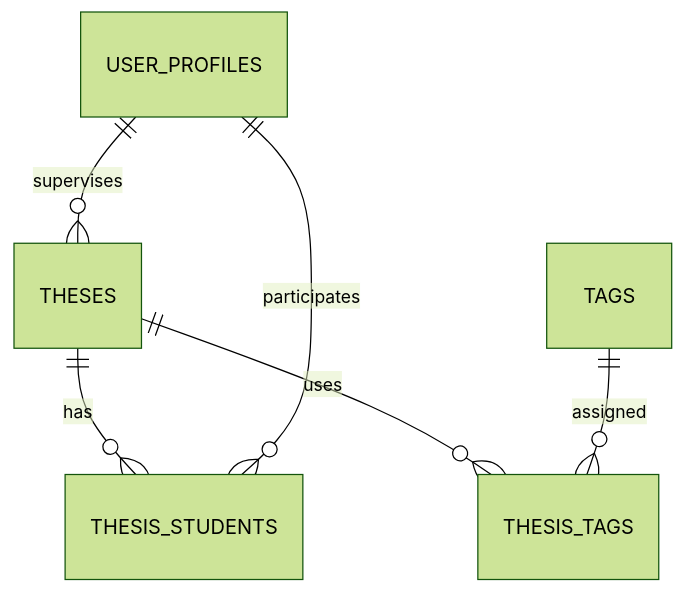
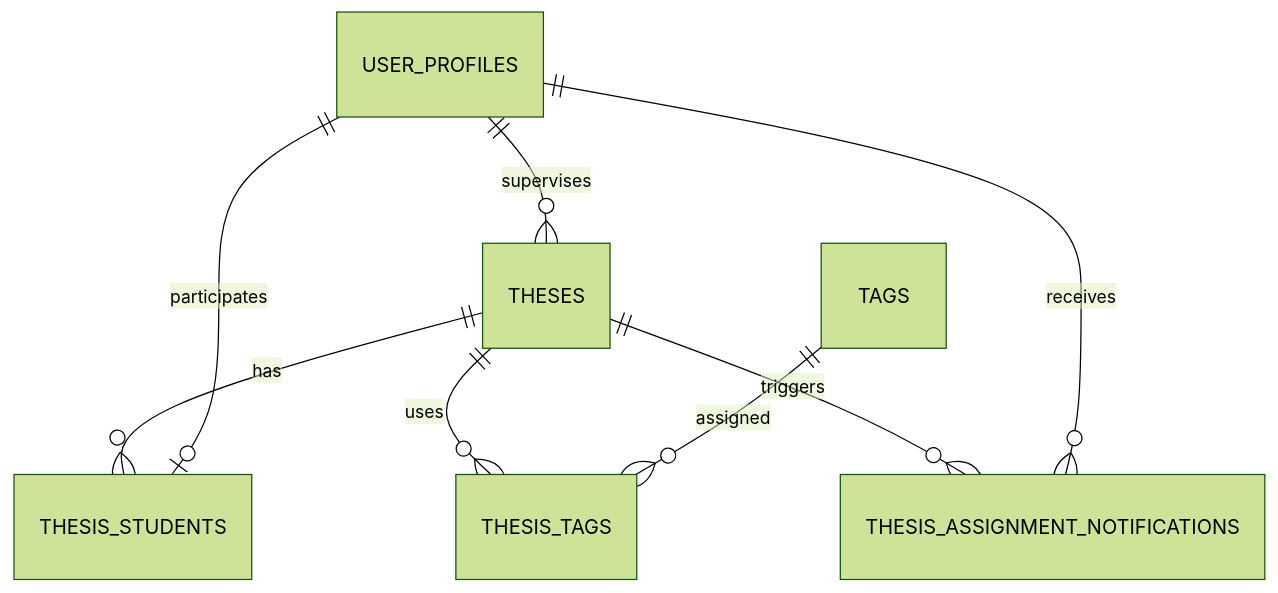
The fourth of 6 diagrams in docs/database-schema.md (mlanima/thm-swtp), drawn with Mermaid (forest theme) before and after one commit. The commit also changed other lines of this file, not shown here.

Commit message:
updates database docs for new thesis notification.

````diff
--- a/docs/database-schema.md
+++ b/docs/database-schema.md
@@ -123,10 +124,13 @@
 ```mermaid
 erDiagram
     USER_PROFILES ||--o{ THESES : supervises
 
     THESES ||--o{ THESIS_STUDENTS : has
-    USER_PROFILES ||--o{ THESIS_STUDENTS : participates
+    USER_PROFILES ||--o| THESIS_STUDENTS : participates
 
     THESES ||--o{ THESIS_TAGS : uses
     TAGS ||--o{ THESIS_TAGS : assigned
+
+    THESES ||--o{ THESIS_ASSIGNMENT_NOTIFICATIONS : triggers
+    USER_PROFILES ||--o{ THESIS_ASSIGNMENT_NOTIFICATIONS : receives
 ```
````
